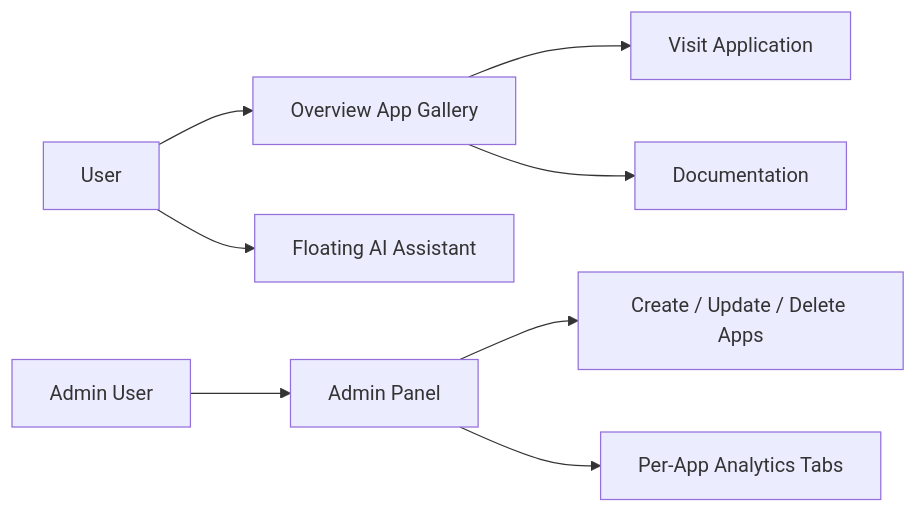
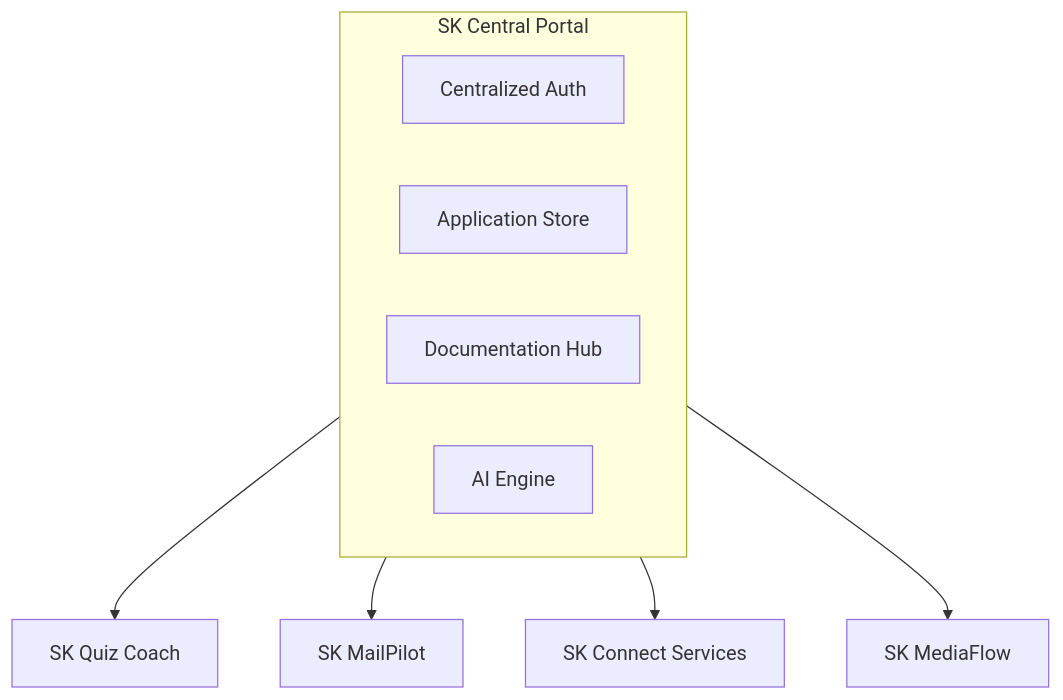
One commit to samakshrastogi/SK-Central changed the first of 12 diagrams in README.md. Above: the diagram before and after it, drawn with Mermaid. The commit also changed other lines of this file, not shown here.

Commit message:
docs: update README with architectural specifications, diagrams, and ADRs

````diff
--- a/README.md
+++ b/README.md
@@ -118,10 +45,14 @@
 ```mermaid
-flowchart LR
-  User["User"] --> Overview["Overview App Gallery"]
-  Overview --> Launch["Visit Application"]
-  Overview --> Docs["Documentation"]
-  User --> AI["Floating AI Assistant"]
-  Admin["Admin User"] --> AdminPanel["Admin Panel"]
-  AdminPanel --> CRUD["Create / Update / Delete Apps"]
-  AdminPanel --> Analytics["Per-App Analytics Tabs"]
+flowchart TD
+    subgraph CentralPortal ["SK Central Portal"]
+        Auth["Centralized Auth"]
+        Store["Application Store"]
+        Docs["Documentation Hub"]
+        AI["AI Engine"]
+    end
+
+    CentralPortal --> SKQuiz["SK Quiz Coach"]
+    CentralPortal --> SKMailPilot["SK MailPilot"]
+    CentralPortal --> SKConnect["SK Connect Services"]
+    CentralPortal --> SKMediaFlow["SK MediaFlow"]
 ```
````
